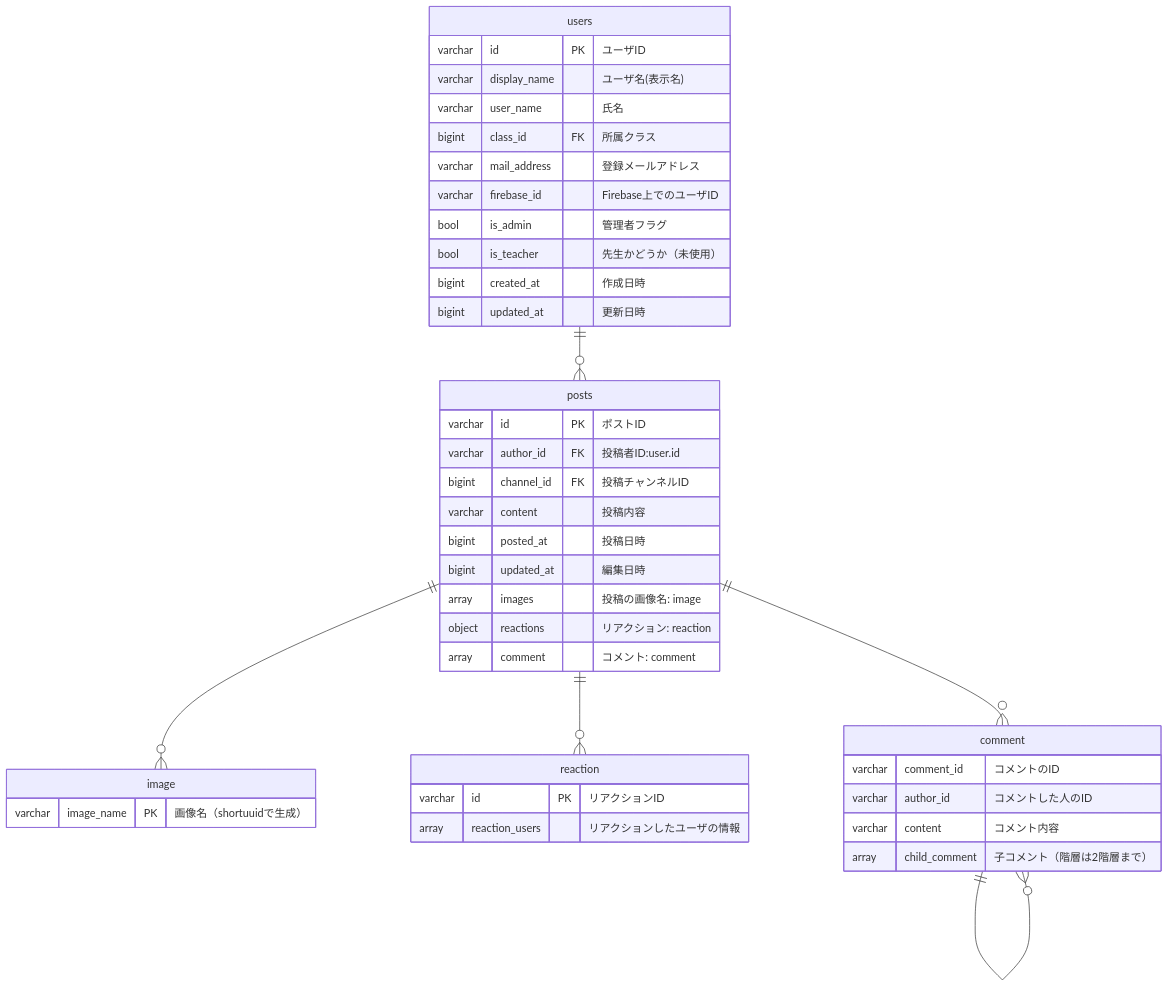
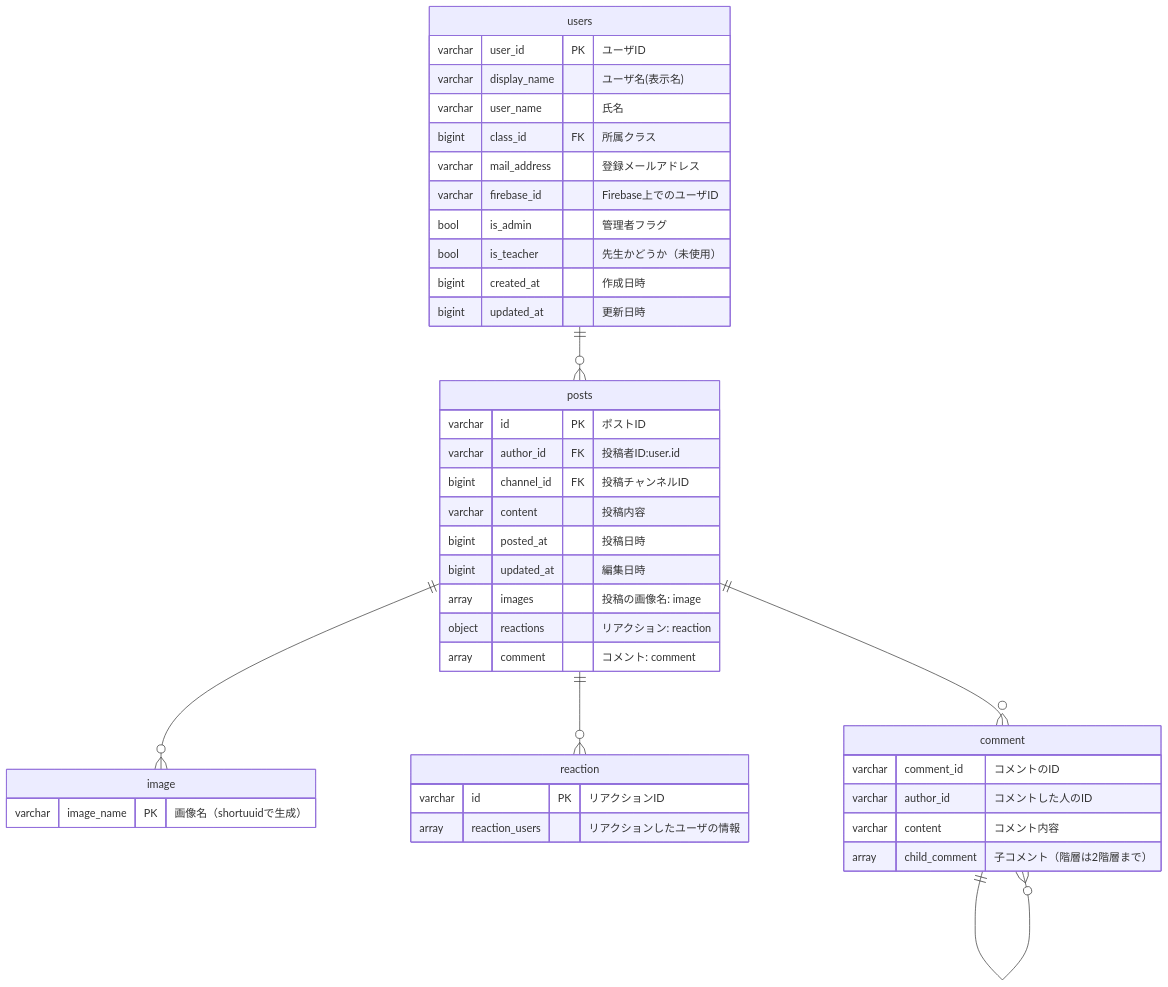
The diagram in document/DB.md (mochi-yu/kns23-catch-up), drawn with Mermaid before and after one commit. The commit also changed 1 other file, not shown here.

Commit message:
fix: キーの名前を修正

````diff
--- a/document/DB.md
+++ b/document/DB.md
@@ -10,56 +10,56 @@
 ```mermaid
 erDiagram
   %% モデル
   users {
-    varchar id PK "ユーザID"
+    varchar user_id PK "ユーザID"
     varchar display_name "ユーザ名(表示名)"
     varchar user_name "氏名"
     bigint class_id FK "所属クラス"
     varchar mail_address "登録メールアドレス"
     varchar firebase_id "Firebase上でのユーザID"
 
     bool is_admin "管理者フラグ"
     bool is_teacher "先生かどうか（未使用）"
 
     bigint created_at "作成日時"
     bigint updated_at "更新日時"
   }
 
   posts {
     varchar id PK "ポストID"
     varchar author_id FK "投稿者ID:user.id"
     bigint channel_id FK "投稿チャンネルID"
 
     varchar content "投稿内容"
     bigint posted_at "投稿日時"
     bigint updated_at "編集日時"
 
     array images "投稿の画像名: image"
     object reactions "リアクション: reaction"
     array comment "コメント: comment"
   }
 
   image {
     varchar image_name PK "画像名（shortuuidで生成）"
   }
 
   reaction {
     varchar id PK "リアクションID"
     array reaction_users "リアクションしたユーザの情報"
   }
 
   comment {
     varchar comment_id "コメントのID"
     varchar author_id "コメントした人のID"
     varchar content "コメント内容"
     array child_comment "子コメント（階層は2階層まで）"
   }
 
   %% 関係性
   users ||--o{ posts : ""
   posts ||--o{ image: ""
   posts ||--o{ reaction: ""
   posts ||--o{ comment: ""
   comment ||--o{ comment: ""
 
 ```
````
